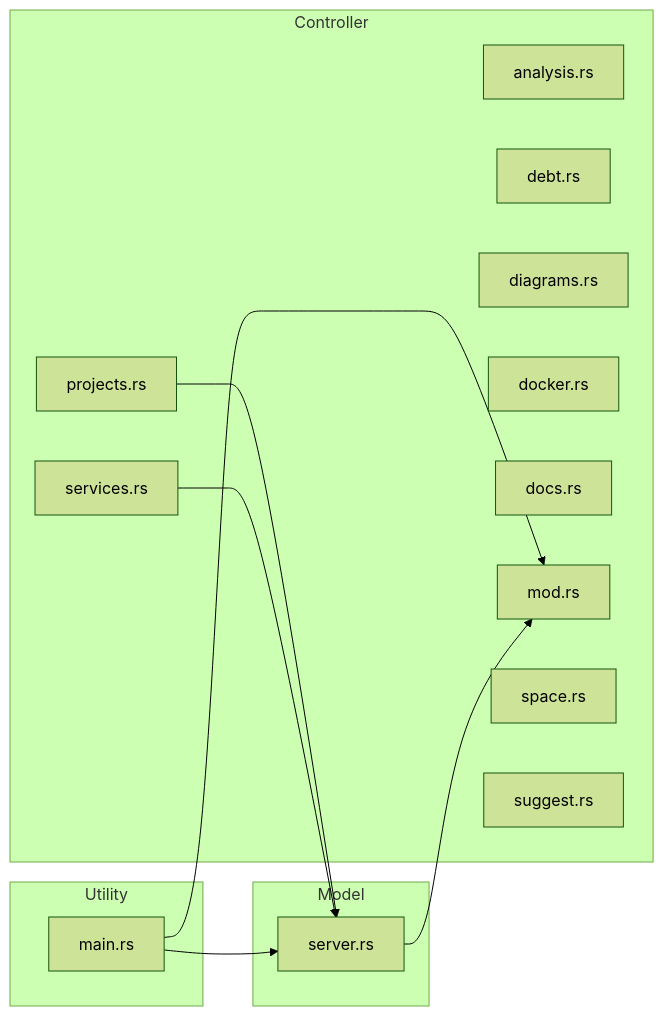
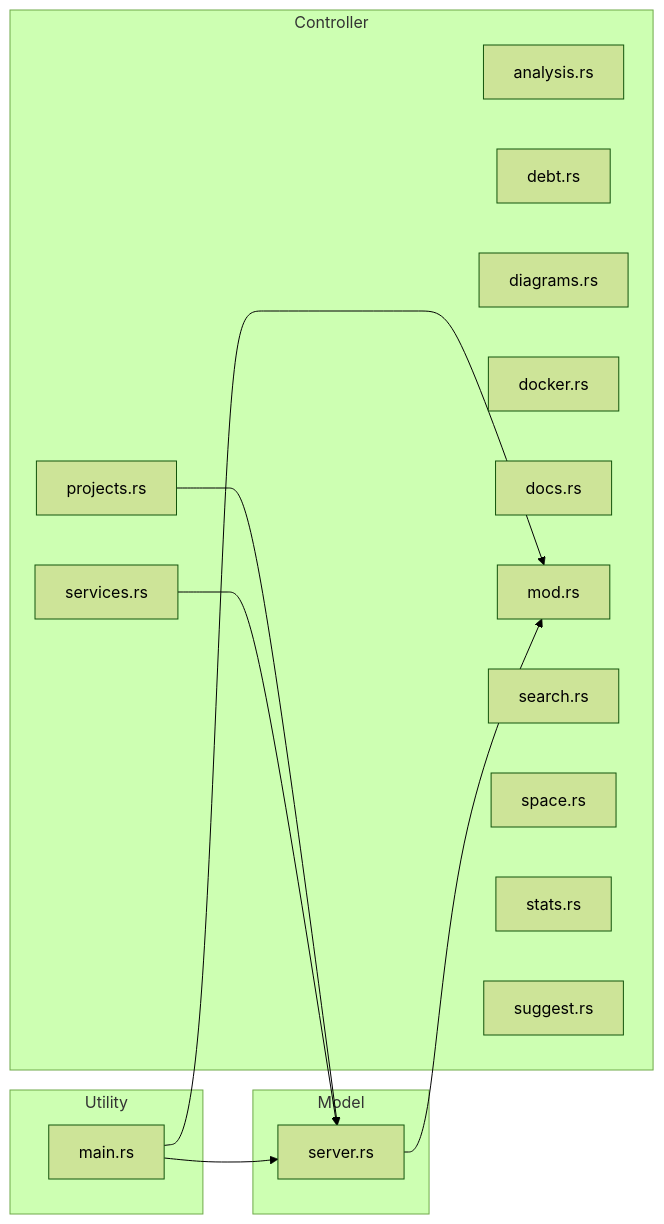
Before and after one commit to Mague/void-stack: the sixth of 8 diagrams in void-stack-analysis.md, drawn with Mermaid (forest theme). The commit also changed other lines of this file and 26 other files, not shown here.

````diff
--- a/void-stack-analysis.md
+++ b/void-stack-analysis.md
@@ -1781,26 +1827,28 @@
 ```mermaid
 graph LR
     subgraph controller ["Controller"]
         src_tools_analysis_rs["analysis.rs"]
         src_tools_debt_rs["debt.rs"]
         src_tools_diagrams_rs["diagrams.rs"]
         src_tools_docker_rs["docker.rs"]
         src_tools_docs_rs["docs.rs"]
         src_tools_mod_rs["mod.rs"]
         src_tools_projects_rs["projects.rs"]
+        src_tools_search_rs["search.rs"]
         src_tools_services_rs["services.rs"]
         src_tools_space_rs["space.rs"]
+        src_tools_stats_rs["stats.rs"]
         src_tools_suggest_rs["suggest.rs"]
     end
     subgraph model ["Model"]
         src_server_rs["server.rs"]
     end
     subgraph utility ["Utility"]
         src_main_rs["main.rs"]
     end
     src_main_rs --> src_tools_mod_rs
     src_main_rs --> src_server_rs
     src_server_rs --> src_tools_mod_rs
     src_tools_projects_rs --> src_server_rs
     src_tools_services_rs --> src_server_rs
 ```
````
